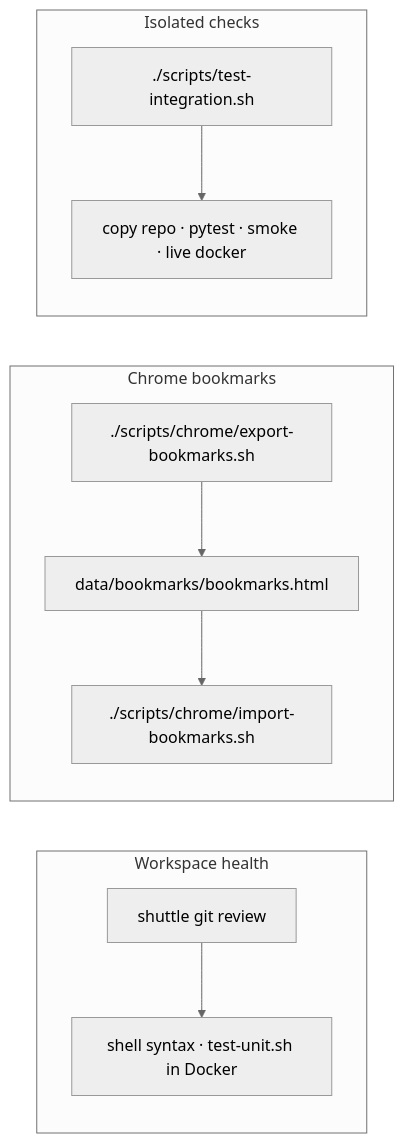
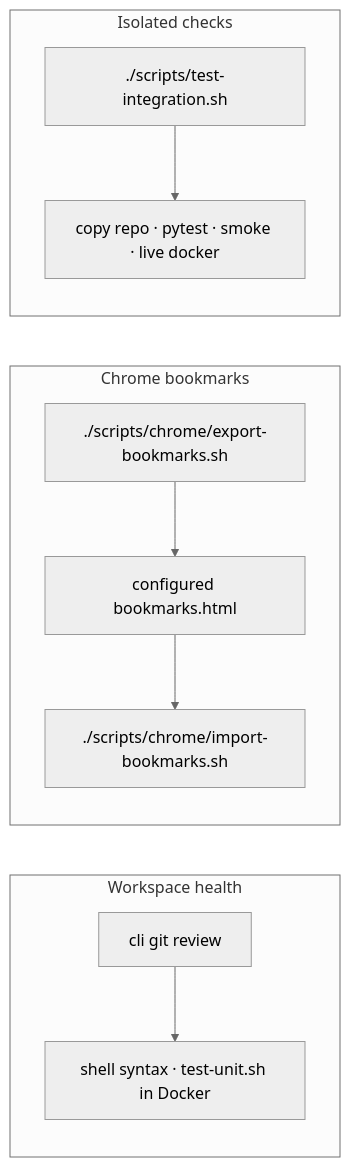
Before and after one commit to gardusig/cli: the sixth of 7 diagrams in docs/workflows.md, drawn with Mermaid (neutral theme). The commit also changed other lines of this file and 372 other files, not shown here.

First line of the commit message:
feat(v0.1): rename to cli, gh/git, Notion deploy, contest validate, Docker hardening (#46)

````diff
--- a/docs/workflows.md
+++ b/docs/workflows.md
@@ -128,21 +128,21 @@
 ```mermaid
 flowchart LR
     subgraph review [Workspace health]
-        R1["shuttle git review"]
+        R1["cli git review"]
         R2["shell syntax · test-unit.sh in Docker"]
         R1 --> R2
     end
 
     subgraph bookmarks [Chrome bookmarks]
         B1["./scripts/chrome/export-bookmarks.sh"]
-        B2["data/bookmarks/bookmarks.html"]
+        B2["configured bookmarks.html"]
         B3["./scripts/chrome/import-bookmarks.sh"]
         B1 --> B2 --> B3
     end
 
     subgraph docker [Isolated checks]
         D1["./scripts/test-integration.sh"]
         D2["copy repo · pytest · smoke · live docker"]
         D1 --> D2
     end
 ```
````
